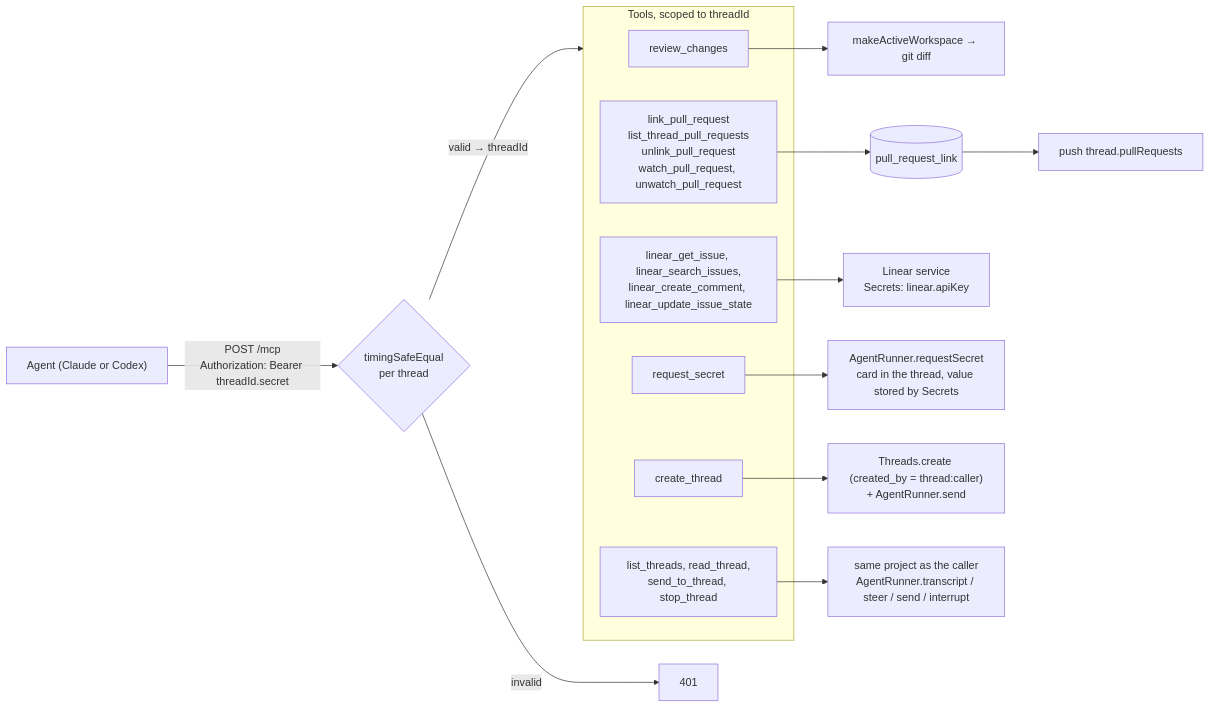
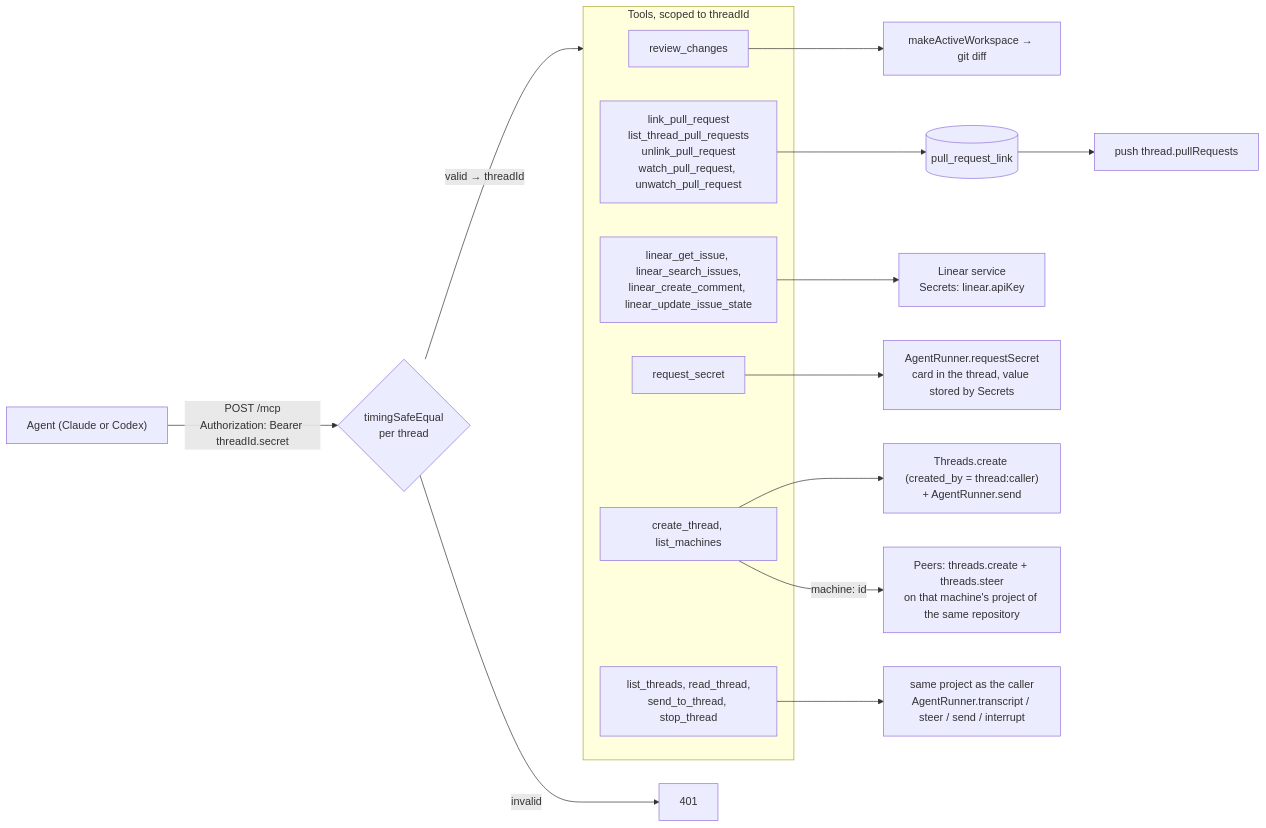
One commit to hinadev-ai/hinacode changed diagram 15 of 17 in docs/arch.md. Above: the diagram before and after it, drawn with Mermaid. The commit also changed other lines of this file and 6 other files, not shown here.

First line of the commit message:
feat(mcp): create threads on other machines

````diff
--- a/docs/arch.md
+++ b/docs/arch.md
@@ -552,20 +552,21 @@
 ```mermaid
 flowchart LR
   agent["Agent (Claude or Codex)"] -- "POST /mcp<br/>Authorization: Bearer threadId.secret" --> auth{"timingSafeEqual<br/>per thread"}
   auth -- "valid → threadId" --> tools
   auth -- invalid --> deny["401"]
   subgraph tools["Tools, scoped to threadId"]
     review["review_changes"]
     prs["link_pull_request<br/>list_thread_pull_requests<br/>unlink_pull_request<br/>watch_pull_request, unwatch_pull_request"]
     linear["linear_get_issue, linear_search_issues,<br/>linear_create_comment, linear_update_issue_state"]
     secret["request_secret"]
-    create["create_thread"]
+    create["create_thread, list_machines"]
     control["list_threads, read_thread,<br/>send_to_thread, stop_thread"]
   end
   review --> ws["makeActiveWorkspace → git diff"]
   prs --> db[("pull_request_link")] --> push["push thread.pullRequests"]
   linear --> apikey["Linear service<br/>Secrets: linear.apiKey"]
   secret --> runner["AgentRunner.requestSecret<br/>card in the thread, value stored by Secrets"]
   create --> threads["Threads.create (created_by = thread:caller)<br/>+ AgentRunner.send"]
+  create -- "machine: id" --> peers["Peers: threads.create + threads.steer<br/>on that machine's project of the same repository"]
   control --> scope["same project as the caller<br/>AgentRunner.transcript / steer / send / interrupt"]
 ```
````
